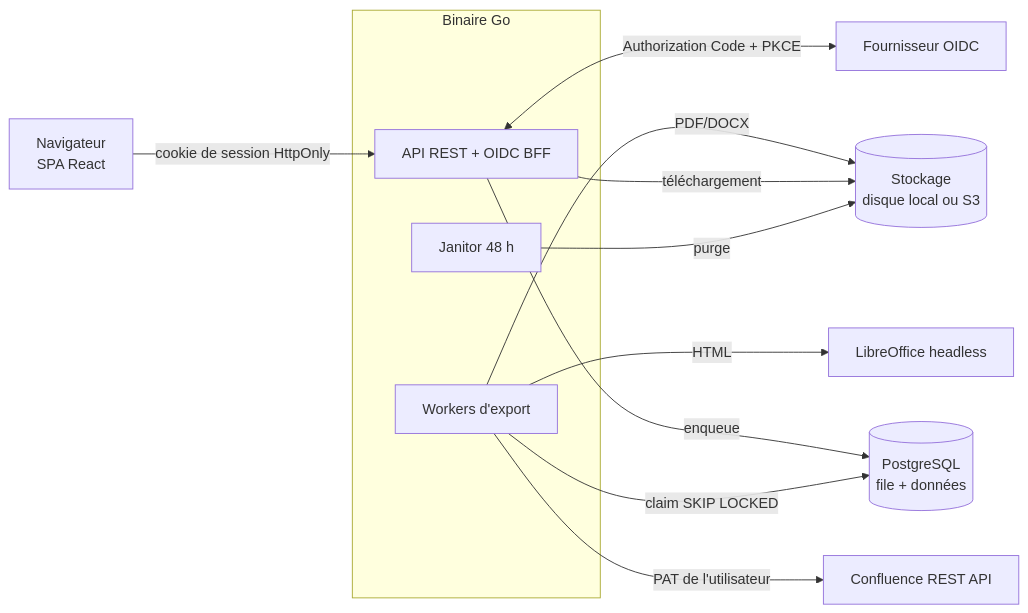
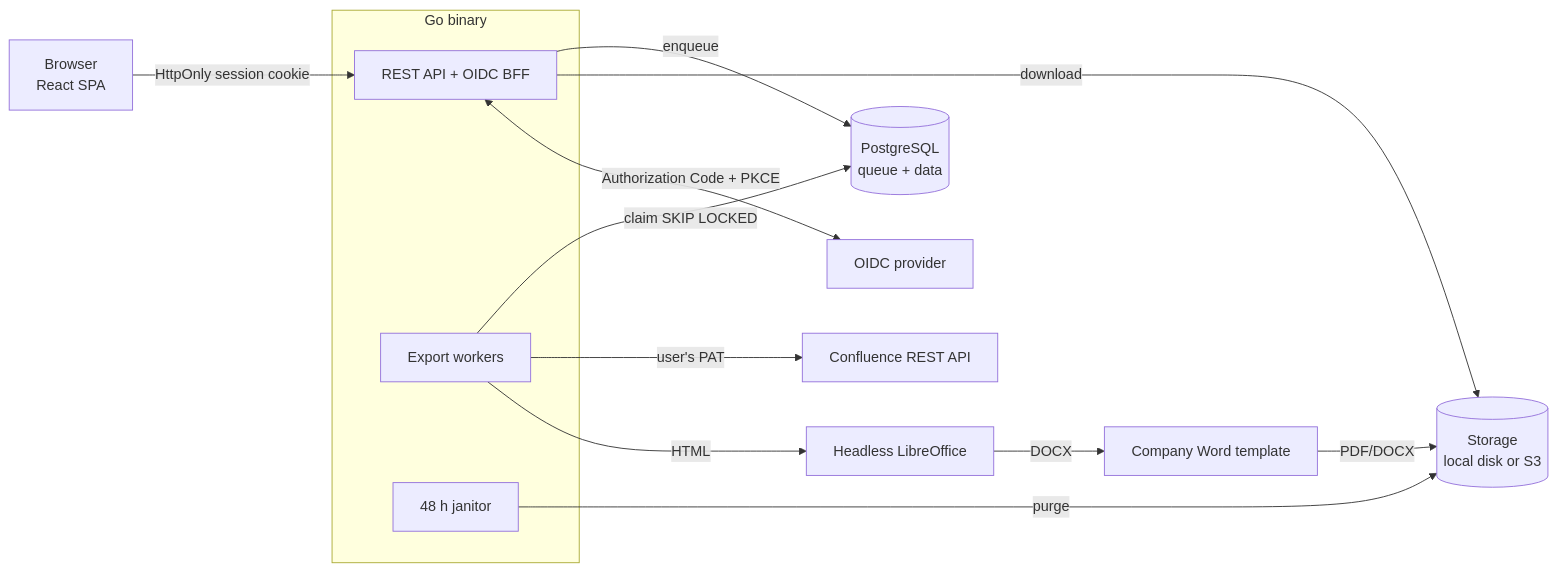
The diagram in README.md (ffurlanetto/confluence-to-doc), drawn with Mermaid before and after one commit. The commit also changed other lines of this file and 39 other files, not shown here.

First line of the commit message:
feat(docx): company Word template, and English across the project

````diff
--- a/README.md
+++ b/README.md
@@ -59,17 +57,18 @@
 ```mermaid
 flowchart LR
-  B[Navigateur<br/>SPA React] -- cookie de session HttpOnly --> API
-  subgraph Go[Binaire Go]
-    API[API REST + OIDC BFF]
-    W[Workers d'export]
-    J[Janitor 48 h]
+  B[Browser<br/>React SPA] -- HttpOnly session cookie --> API
+  subgraph Go[Go binary]
+    API[REST API + OIDC BFF]
+    W[Export workers]
+    J[48 h janitor]
   end
-  API -- enqueue --> PG[(PostgreSQL<br/>file + données)]
+  API -- enqueue --> PG[(PostgreSQL<br/>queue + data)]
   W -- claim SKIP LOCKED --> PG
-  W -- PAT de l'utilisateur --> C[Confluence REST API]
-  W -- HTML --> LO[LibreOffice headless]
-  W -- PDF/DOCX --> S[(Stockage<br/>disque local ou S3)]
-  API -- téléchargement --> S
+  W -- user's PAT --> C[Confluence REST API]
+  W -- HTML --> LO[Headless LibreOffice]
+  LO -- DOCX --> T[Company Word template]
+  T -- PDF/DOCX --> S[(Storage<br/>local disk or S3)]
+  API -- download --> S
   J -- purge --> S
-  API <-- Authorization Code + PKCE --> IDP[Fournisseur OIDC]
+  API <-- Authorization Code + PKCE --> IDP[OIDC provider]
 ```
````
